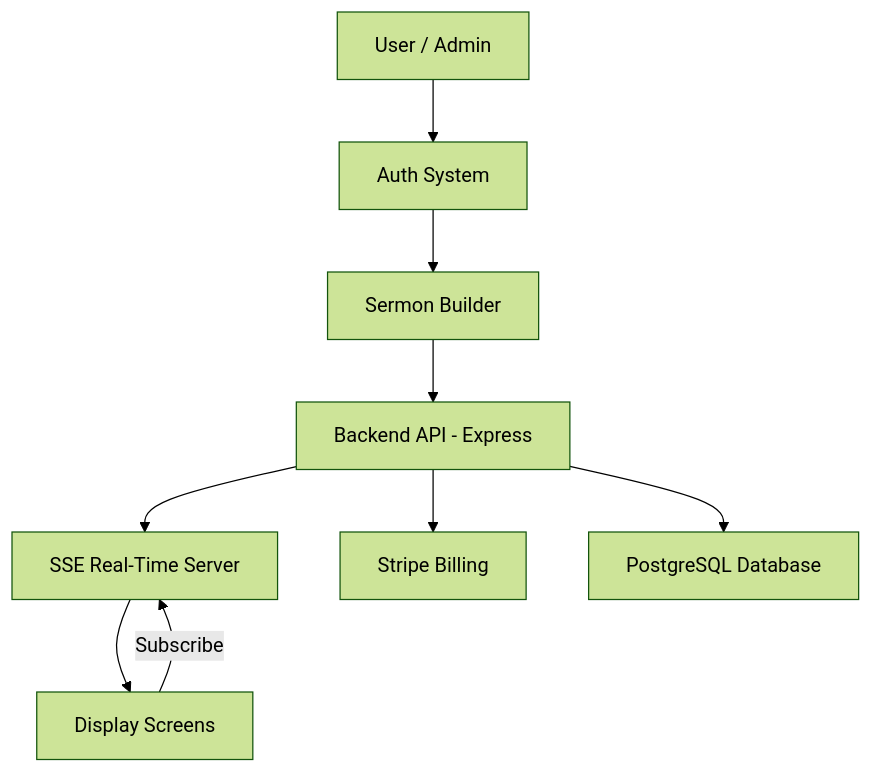
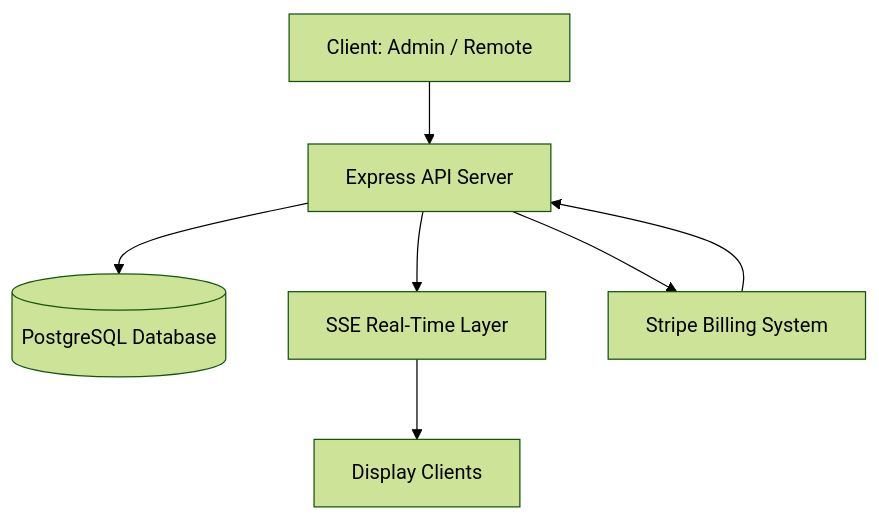
Before and after one commit to miangelisse-ux/kairoslive: the diagram in architecture.md, drawn with Mermaid (forest theme). The commit also changed other lines of this file, not shown here.

````diff
--- a/architecture.md
+++ b/architecture.md
@@ -3,15 +24,12 @@
 ```mermaid
 graph TD
 
-A[User / Admin] --> B[Auth System]
-B --> C[Sermon Builder]
-C --> D[Backend API - Express]
+A[Client: Admin / Remote] --> B[Express API Server]
+B --> C[(PostgreSQL Database)]
 
-D --> E[SSE Real-Time Server]
-E --> F[Display Screens]
+B --> D[SSE Real-Time Layer]
+D --> E[Display Clients]
 
-D --> G[Stripe Billing]
-D --> H[PostgreSQL Database]
-
-F -->|Subscribe| E
+B --> F[Stripe Billing System]
+F --> B
 ```
````
